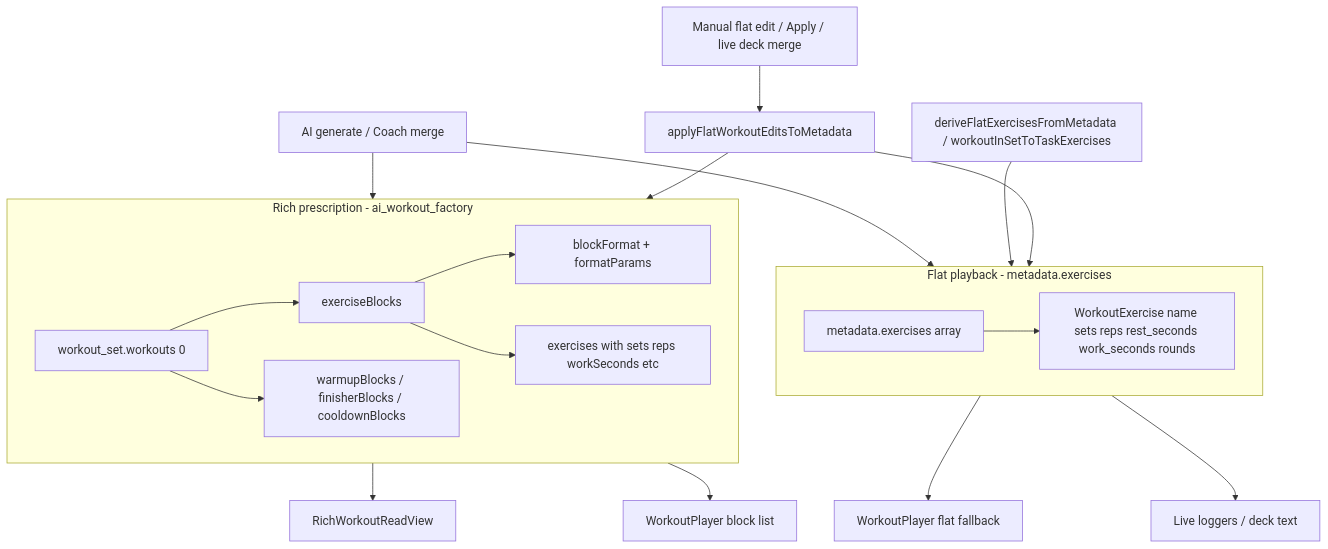
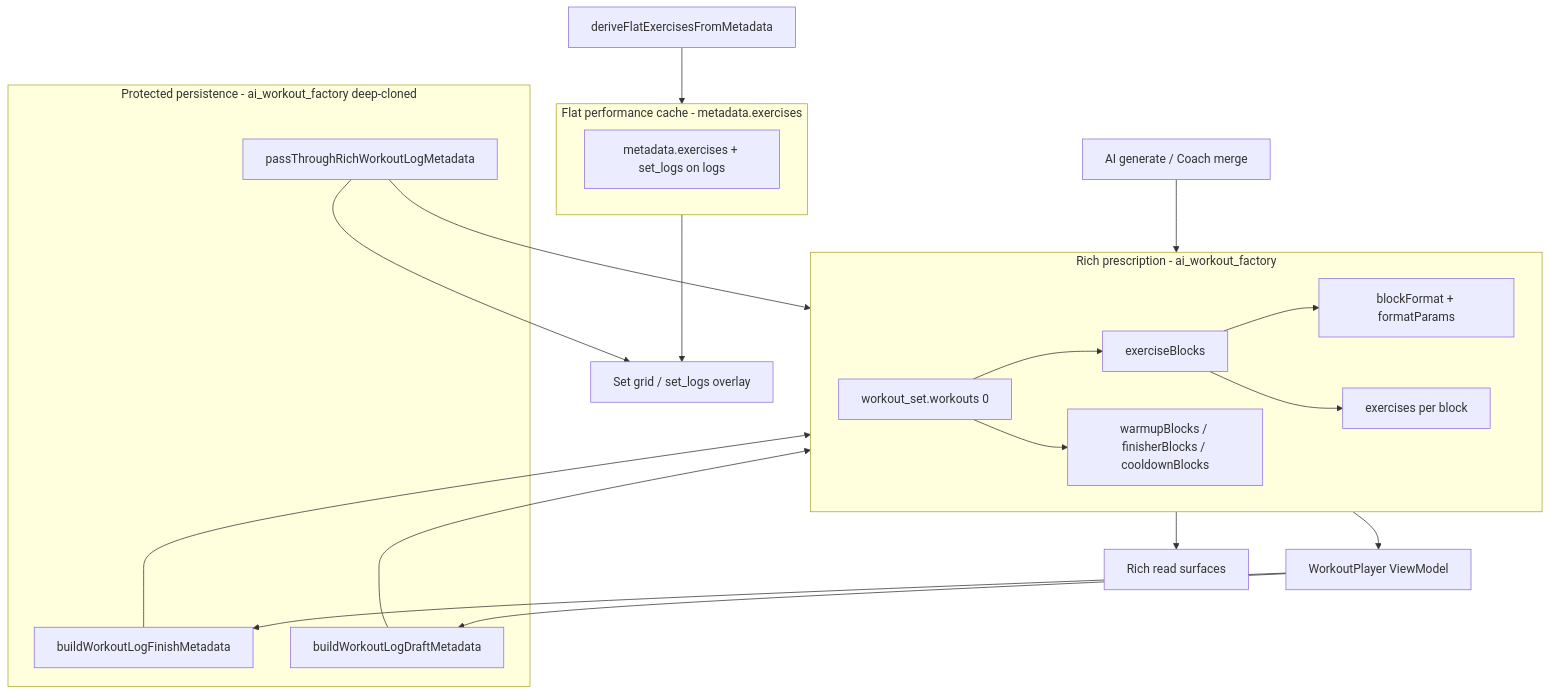
One commit to jlfassio-vibecoder/buddybubble changed the diagram in docs/fitness/views/README.md. Above: the diagram before and after it, drawn with Mermaid. The commit also changed other lines of this file and 70 other files, not shown here.

````diff
--- a/docs/fitness/views/README.md
+++ b/docs/fitness/views/README.md
@@ -31,27 +81,34 @@
 ```mermaid
 flowchart TB
   subgraph rich [Rich prescription - ai_workout_factory]
     WS[workout_set.workouts 0]
     WS --> EB[exerciseBlocks]
     WS --> WB[warmupBlocks / finisherBlocks / cooldownBlocks]
     EB --> BF[blockFormat + formatParams]
-    EB --> EX1[exercises with sets reps workSeconds etc]
+    EB --> EX[exercises per block]
   end
 
-  subgraph flat [Flat playback - metadata.exercises]
-    ME[metadata.exercises array]
-    ME --> WE[WorkoutExercise name sets reps rest_seconds work_seconds rounds]
+  subgraph flat [Flat performance cache - metadata.exercises]
+    ME[metadata.exercises + set_logs on logs]
   end
 
   AI[AI generate / Coach merge] --> rich
-  AI --> flat
-  MAP[deriveFlatExercisesFromMetadata / workoutInSetToTaskExercises] --> flat
-  APPLY[Manual flat edit / Apply / live deck merge] --> DEGRADE[applyFlatWorkoutEditsToMetadata]
-  DEGRADE --> rich
-  DEGRADE --> flat
+  MAP[deriveFlatExercisesFromMetadata] --> flat
 
-  rich --> VIEW[RichWorkoutReadView]
-  rich --> PLAYER_RICH[WorkoutPlayer block list]
-  flat --> PLAYER_FLAT[WorkoutPlayer flat fallback]
-  flat --> LOGGERS[Live loggers / deck text]
+  subgraph protect [Protected persistence - ai_workout_factory deep-cloned]
+    FINISH[buildWorkoutLogFinishMetadata]
+    DRAFT[buildWorkoutLogDraftMetadata]
+    PASS[passThroughRichWorkoutLogMetadata]
+  end
+
+  rich --> PLAYER[WorkoutPlayer ViewModel]
+  rich --> VIEW[Rich read surfaces]
+  flat --> LOG[Set grid / set_logs overlay]
+
+  PLAYER --> DRAFT
+  PLAYER --> FINISH
+  PASS --> LOG
+  FINISH --> rich
+  DRAFT --> rich
+  PASS --> rich
 ```
````
